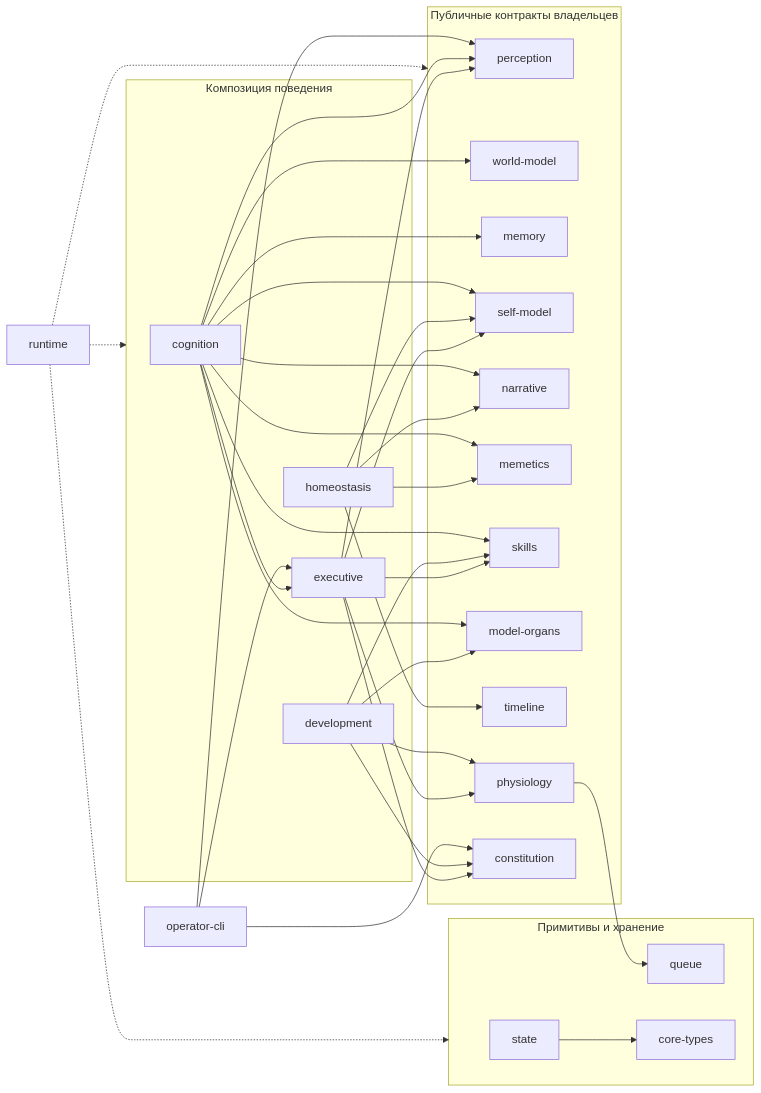
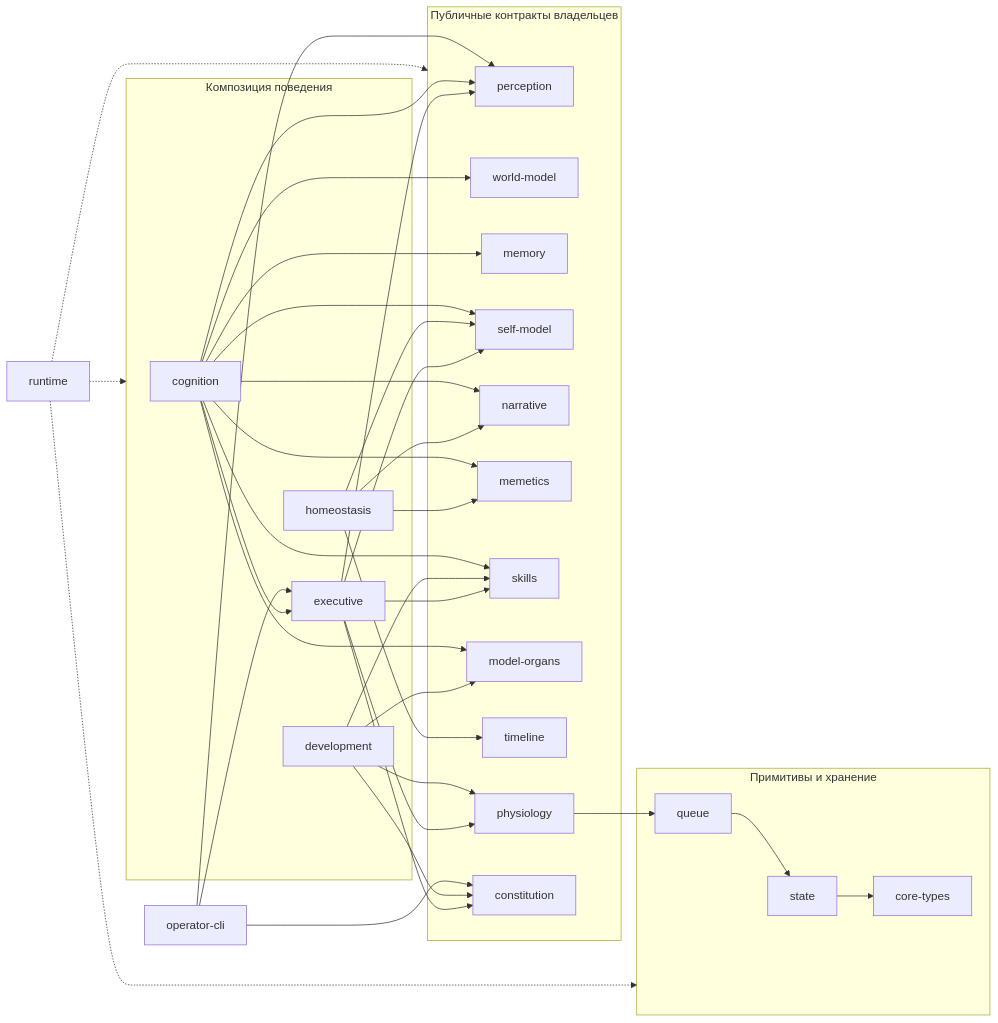
The third of 3 diagrams in docs/architecture.md (kostysh/yaagi), drawn with Mermaid before and after one commit. The commit also changed other lines of this file and 4 other files, not shown here.

Commit message:
docs(architecture): 📝 reuse state for queue persistence

````diff
--- a/docs/architecture.md
+++ b/docs/architecture.md
@@ -207,43 +218,44 @@
 ```mermaid
 flowchart LR
     rt["runtime"]
     cli["operator-cli"]
 
     subgraph Coordination["Композиция поведения"]
         cg["cognition"]
         ho["homeostasis"]
         ex["executive"]
         dev["development"]
     end
 
     subgraph Owners["Публичные контракты владельцев"]
         pe["perception"]
         wm["world-model"]
         mem["memory"]
         psm["self-model"]
         nar["narrative"]
         mf["memetics"]
         sk["skills"]
         mo["model-organs"]
         tl["timeline"]
         ph["physiology"]
         co["constitution"]
     end
 
     subgraph Foundation["Примитивы и хранение"]
         st["state"]
         q["queue"]
         types["core-types"]
     end
 
     rt -.-> Coordination
     rt -.-> Owners
     rt -.-> Foundation
     cli --> pe & ex & co
     cg --> pe & wm & mem & psm & nar & mf & sk & mo & ex
     ho --> psm & nar & mf & tl
     dev --> sk & mo & ph & co
     ex --> psm & co & pe & sk & ph
     ph --> q
+    q --> st
     st --> types
 ```
````
